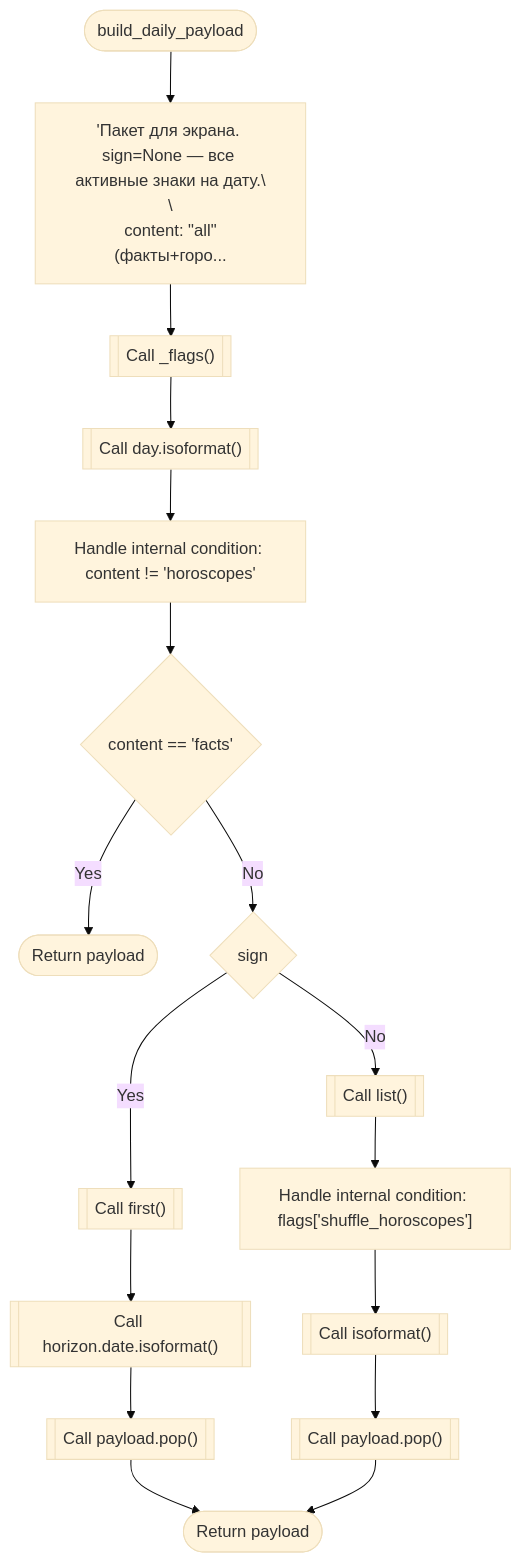
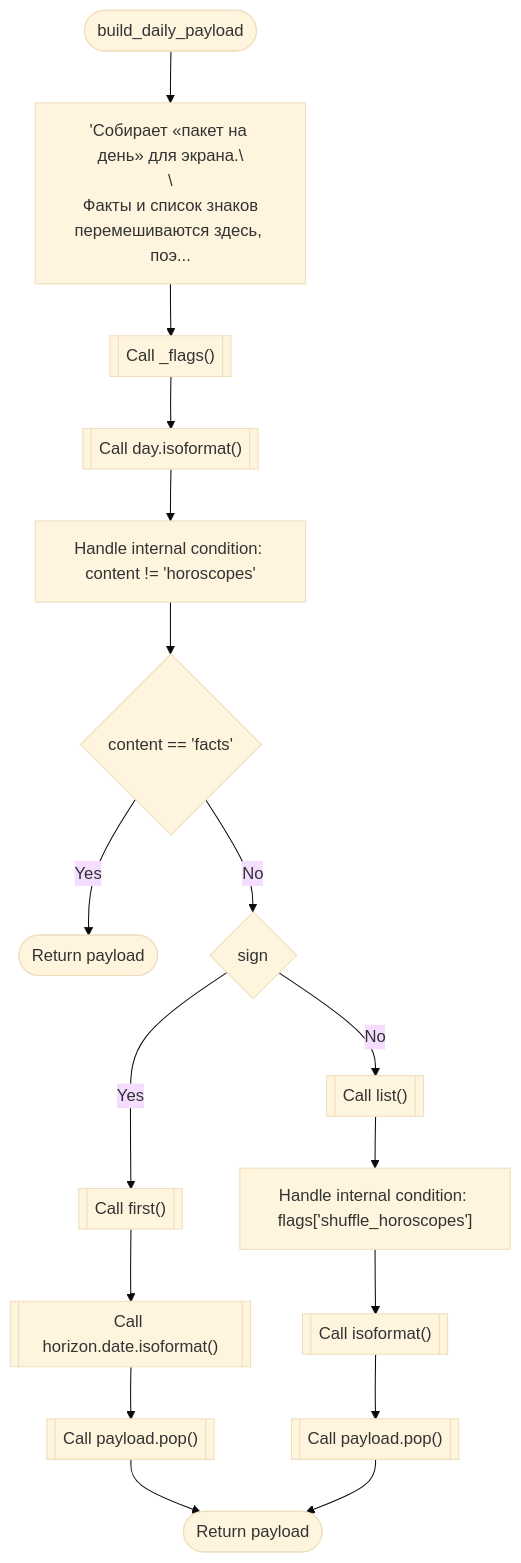
One commit to ihrusl05-rgb/Factoscope changed the ninth of 59 diagrams in codedebrief-out/codedebrief.md. Above: the diagram before and after it, drawn with Mermaid (base theme). The commit also changed other lines of this file and 20 other files, not shown here.

````diff
--- a/codedebrief-out/codedebrief.md
+++ b/codedebrief-out/codedebrief.md
@@ -316,35 +324,35 @@
 ```mermaid
 flowchart TD
   mflow_b7bf69317f717ed1_n1(["build_daily_payload"])
-  mflow_b7bf69317f717ed1_n2["'Пакет для экрана. sign=None — все активные знаки на дату.\\n\\n content: &quot;all&quot; (факты+горо..."]
+  mflow_b7bf69317f717ed1_n2["'Собирает «пакет на день» для экрана.\\n\\n Факты и список знаков перемешиваются здесь, поэ..."]
   mflow_b7bf69317f717ed1_n3[["Call _flags()"]]
   mflow_b7bf69317f717ed1_n4[["Call day.isoformat()"]]
   mflow_b7bf69317f717ed1_n5["Handle internal condition: content != 'horoscopes'"]
   mflow_b7bf69317f717ed1_n6{"content == 'facts'"}
   mflow_b7bf69317f717ed1_n7(["Return payload"])
   mflow_b7bf69317f717ed1_n8{"sign"}
   mflow_b7bf69317f717ed1_n9[["Call first()"]]
   mflow_b7bf69317f717ed1_n10[["Call horizon.date.isoformat()"]]
   mflow_b7bf69317f717ed1_n11[["Call payload.pop()"]]
   mflow_b7bf69317f717ed1_n12[["Call list()"]]
   mflow_b7bf69317f717ed1_n13["Handle internal condition: flags['shuffle_horoscopes']"]
   mflow_b7bf69317f717ed1_n14[["Call isoformat()"]]
   mflow_b7bf69317f717ed1_n15[["Call payload.pop()"]]
   mflow_b7bf69317f717ed1_n16(["Return payload"])
   mflow_b7bf69317f717ed1_n1 --> mflow_b7bf69317f717ed1_n2
   mflow_b7bf69317f717ed1_n2 --> mflow_b7bf69317f717ed1_n3
   mflow_b7bf69317f717ed1_n3 --> mflow_b7bf69317f717ed1_n4
   mflow_b7bf69317f717ed1_n4 --> mflow_b7bf69317f717ed1_n5
   mflow_b7bf69317f717ed1_n5 --> mflow_b7bf69317f717ed1_n6
   mflow_b7bf69317f717ed1_n6 -->|"Yes"| mflow_b7bf69317f717ed1_n7
   mflow_b7bf69317f717ed1_n6 -->|"No"| mflow_b7bf69317f717ed1_n8
   mflow_b7bf69317f717ed1_n8 -->|"Yes"| mflow_b7bf69317f717ed1_n9
   mflow_b7bf69317f717ed1_n9 --> mflow_b7bf69317f717ed1_n10
   mflow_b7bf69317f717ed1_n10 --> mflow_b7bf69317f717ed1_n11
   mflow_b7bf69317f717ed1_n8 -->|"No"| mflow_b7bf69317f717ed1_n12
   mflow_b7bf69317f717ed1_n12 --> mflow_b7bf69317f717ed1_n13
   mflow_b7bf69317f717ed1_n13 --> mflow_b7bf69317f717ed1_n14
   mflow_b7bf69317f717ed1_n14 --> mflow_b7bf69317f717ed1_n15
   mflow_b7bf69317f717ed1_n11 --> mflow_b7bf69317f717ed1_n16
   mflow_b7bf69317f717ed1_n15 --> mflow_b7bf69317f717ed1_n16
 ```
````
